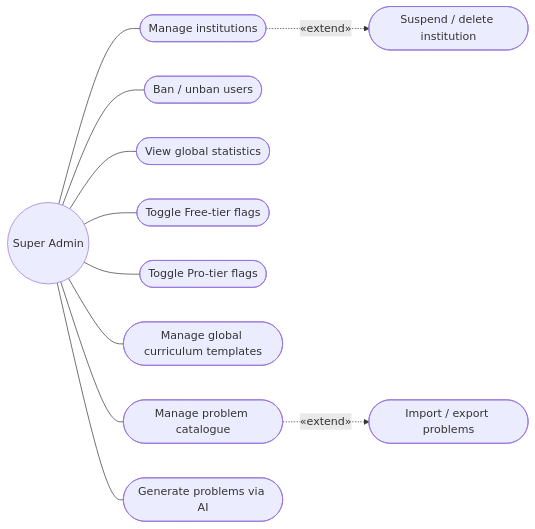
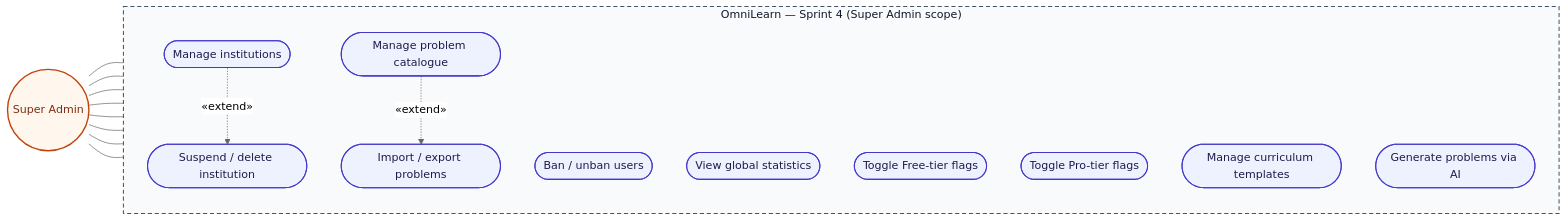
Before and after one commit to MaizaAymen/OmniLearn: the first of 16 diagrams in docs/08_chapitre6_sprint4.md, drawn with Mermaid. The commit also changed other lines of this file and 3 other files, not shown here.

````diff
--- a/docs/08_chapitre6_sprint4.md
+++ b/docs/08_chapitre6_sprint4.md
@@ -77,25 +77,35 @@
 ```mermaid
+%%{init: {"theme":"neutral"} }%%
 flowchart LR
-  Admin((Super Admin))
-  Inst(["Manage institutions"])
-  SuspI(["Suspend / delete institution"])
-  Ban(["Ban / unban users"])
-  Stats(["View global statistics"])
-  Free(["Toggle Free-tier flags"])
-  Pro(["Toggle Pro-tier flags"])
-  Curr(["Manage global curriculum templates"])
-  Probs(["Manage problem catalogue"])
-  Imp(["Import / export problems"])
-  GenAI(["Generate problems via AI"])
+  classDef actor fill:#fff7ed,stroke:#c2410c,stroke-width:2px,color:#7c2d12
+  classDef uc    fill:#eef2ff,stroke:#4338ca,stroke-width:1.5px,color:#1e1b4b
+  classDef sys   fill:#f8fafc,stroke:#475569,stroke-width:1.5px,stroke-dasharray:6 4,color:#0f172a
+
+  Admin((Super Admin)):::actor
+
+  subgraph S["OmniLearn — Sprint 4 (Super Admin scope)"]
+    direction TB
+    Inst(["Manage institutions"]):::uc
+    SuspI(["Suspend / delete institution"]):::uc
+    Ban(["Ban / unban users"]):::uc
+    Stats(["View global statistics"]):::uc
+    Free(["Toggle Free-tier flags"]):::uc
+    Pro(["Toggle Pro-tier flags"]):::uc
+    Curr(["Manage curriculum templates"]):::uc
+    Probs(["Manage problem catalogue"]):::uc
+    Imp(["Import / export problems"]):::uc
+    GenAI(["Generate problems via AI"]):::uc
+  end
+  class S sys
 
   Admin --- Inst
   Admin --- Ban
   Admin --- Stats
   Admin --- Free
   Admin --- Pro
   Admin --- Curr
   Admin --- Probs
   Admin --- GenAI
-  Inst -. "&laquo;extend&raquo;" .-> SuspI
-  Probs -. "&laquo;extend&raquo;" .-> Imp
+  Inst -. "«extend»" .-> SuspI
+  Probs -. "«extend»" .-> Imp
 ```
````
